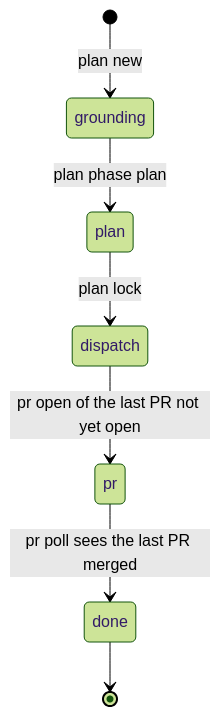
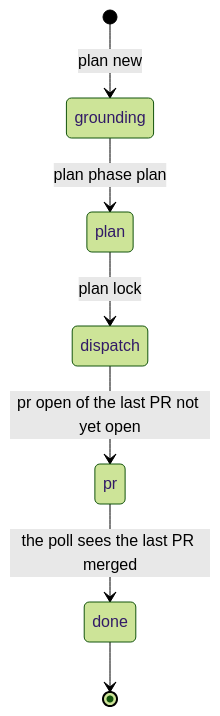
The second of 5 diagrams in docs/contract.md (clayton-duarte/cpd), drawn with Mermaid (forest theme) before and after one commit. The commit also changed other lines of this file, not shown here.

````diff
--- a/docs/contract.md
+++ b/docs/contract.md
@@ -392,9 +415,9 @@
 ```mermaid
 stateDiagram-v2
   [*] --> grounding: plan new
   grounding --> plan: plan phase plan
   plan --> dispatch: plan lock
   dispatch --> pr: pr open of the last PR not yet open
-  pr --> done: pr poll sees the last PR merged
+  pr --> done: the poll sees the last PR merged
   done --> [*]
 ```
````
